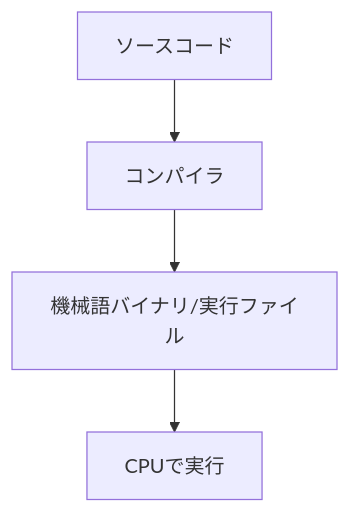
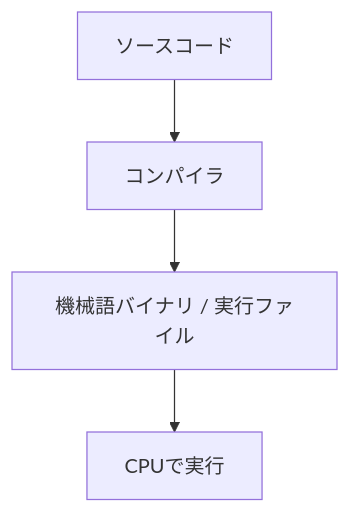
Before and after one commit to Ham4690/zenn-github: the second of 4 diagrams in articles/e4e352a9970bd9.md, drawn with Mermaid. The commit also changed other lines of this file, not shown here.

````diff
--- a/articles/e4e352a9970bd9.md
+++ b/articles/e4e352a9970bd9.md
@@ -59,6 +57,6 @@
 ```mermaid
 flowchart TD
     A[ソースコード] --> B[コンパイラ]
-    B --> C[機械語バイナリ/実行ファイル]
+    B --> C[機械語バイナリ / 実行ファイル]
     C --> D[CPUで実行]
 ```
````
